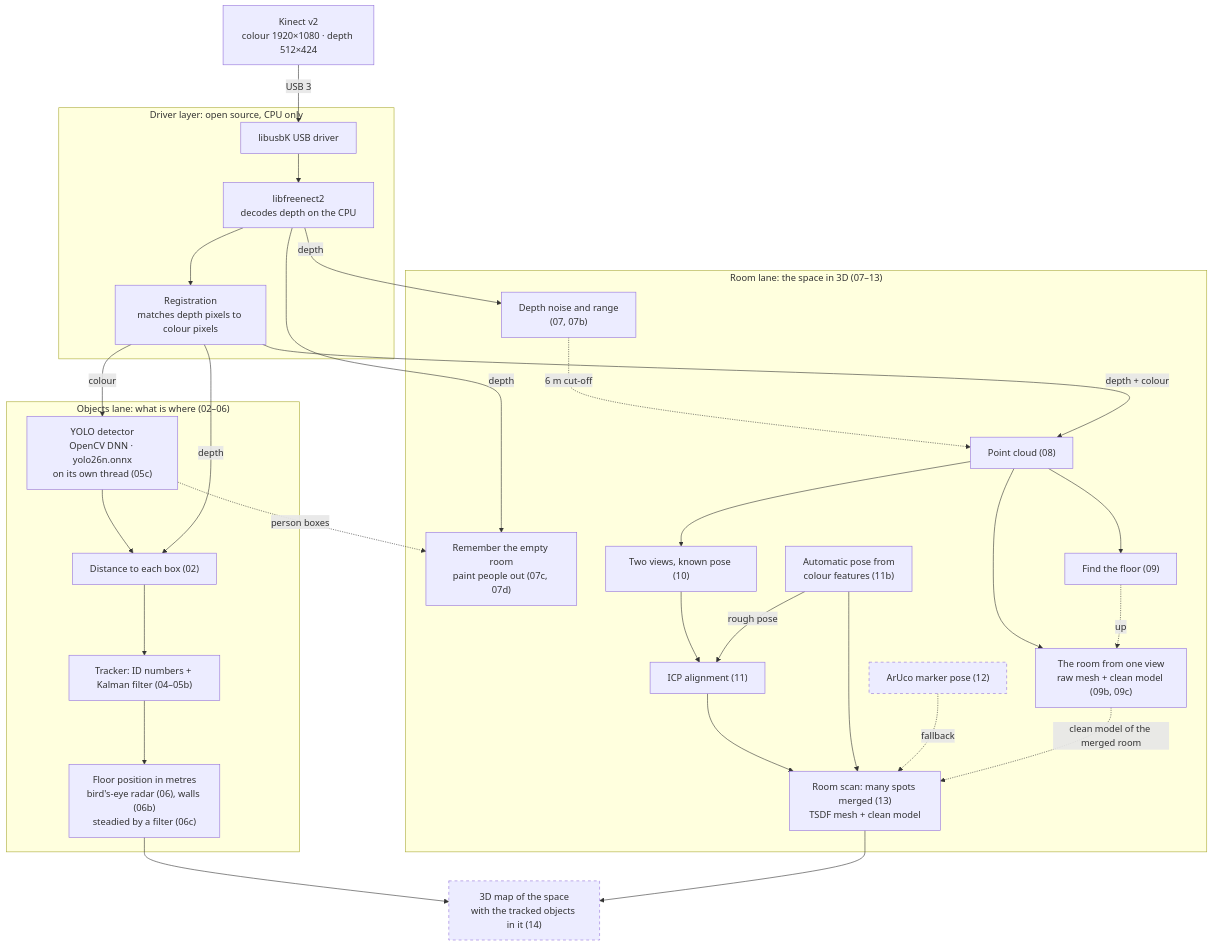
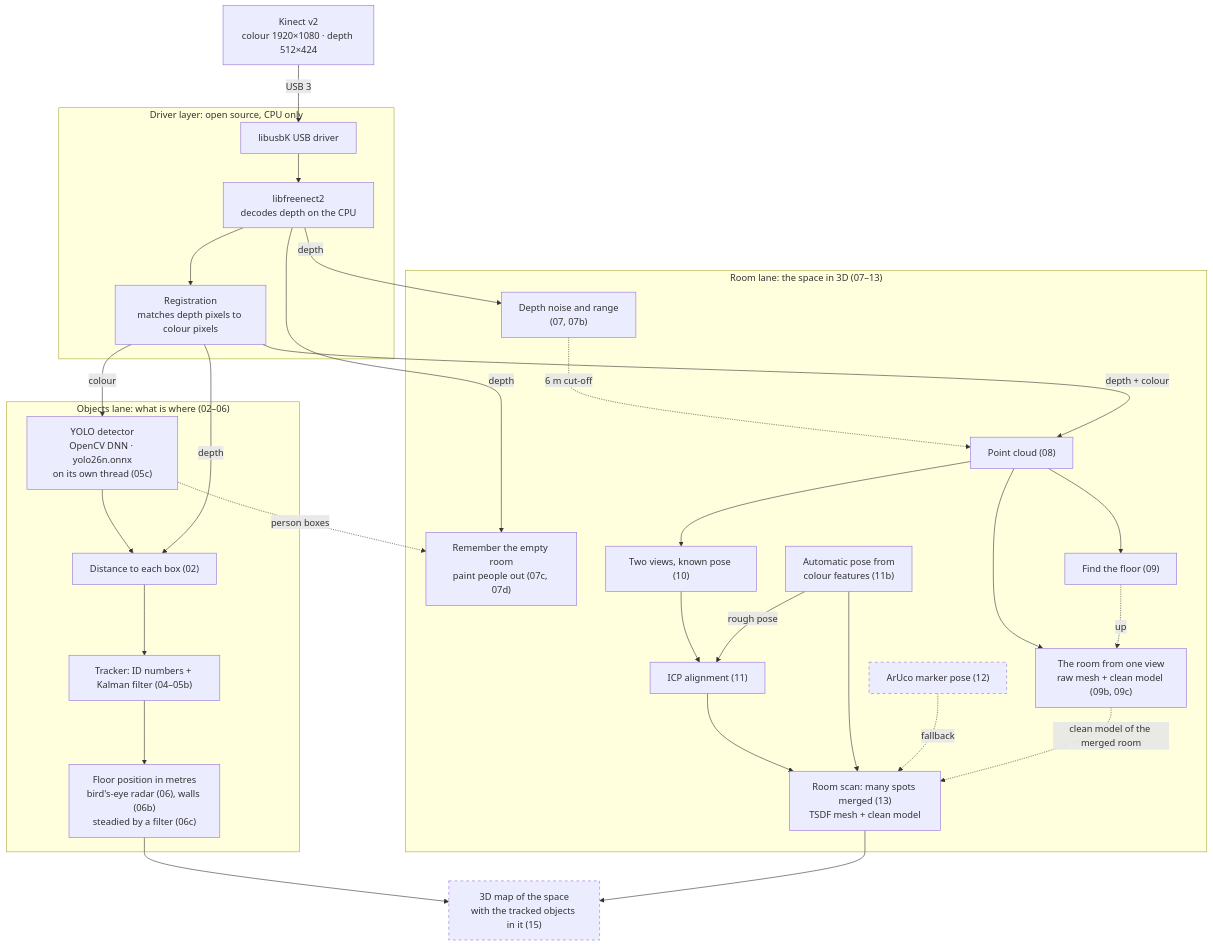
The diagram in README.md (Kramav/Spotter), drawn with Mermaid before and after one commit. The commit also changed 3 other files, not shown here.

Commit message:
roadmap update

````diff
--- a/README.md
+++ b/README.md
@@ -17,54 +17,54 @@
 ```mermaid
 flowchart TB
     K["Kinect v2<br/>colour 1920×1080 · depth 512×424"]
 
     subgraph DRV["Driver layer: open source, CPU only"]
         U["libusbK USB driver"] --> F["libfreenect2<br/>decodes depth on the CPU"]
         F --> R["Registration<br/>matches depth pixels to colour pixels"]
     end
     K -->|USB 3| U
 
     subgraph OBJ["Objects lane: what is where (02–06)"]
         Y["YOLO detector<br/>OpenCV DNN · yolo26n.onnx<br/>on its own thread (05c)"]
         D["Distance to each box (02)"]
         T["Tracker: ID numbers + Kalman filter (04–05b)"]
         X["Floor position in metres<br/>bird's-eye radar (06), walls (06b)<br/>steadied by a filter (06c)"]
         Y --> D --> T --> X
     end
 
     subgraph ROOM["Room lane: the space in 3D (07–13)"]
         AV["Depth noise and range<br/>(07, 07b)"]
         BG["Remember the empty room<br/>paint people out (07c, 07d)"]
         PC["Point cloud (08)"]
         FL["Find the floor (09)"]
         RM["The room from one view<br/>raw mesh + clean model (09b, 09c)"]
         V11b["Automatic pose from<br/>colour features (11b)"]
         V10["Two views, known pose (10)"]
         V11["ICP alignment (11)"]
         V12["ArUco marker pose (12)"]
         V13["Room scan: many spots merged (13)<br/>TSDF mesh + clean model"]
         AV -.->|6 m cut-off| PC
         PC --> FL
         PC --> RM
         FL -.->|up| RM
         PC --> V10 --> V11 --> V13
         V11b -->|rough pose| V11
         V11b --> V13
         V12 -.->|fallback| V13
         RM -.->|clean model of the merged room| V13
     end
 
     R -->|colour| Y
     R -->|depth| D
     F -->|depth| AV
     F -->|depth| BG
     R -->|depth + colour| PC
     Y -.->|person boxes| BG
 
-    MAP["3D map of the space<br/>with the tracked objects in it (14)"]
+    MAP["3D map of the space<br/>with the tracked objects in it (15)"]
     X --> MAP
     V13 --> MAP
 
     classDef planned stroke-dasharray: 5 5
     class V12,MAP planned
 ```
````
